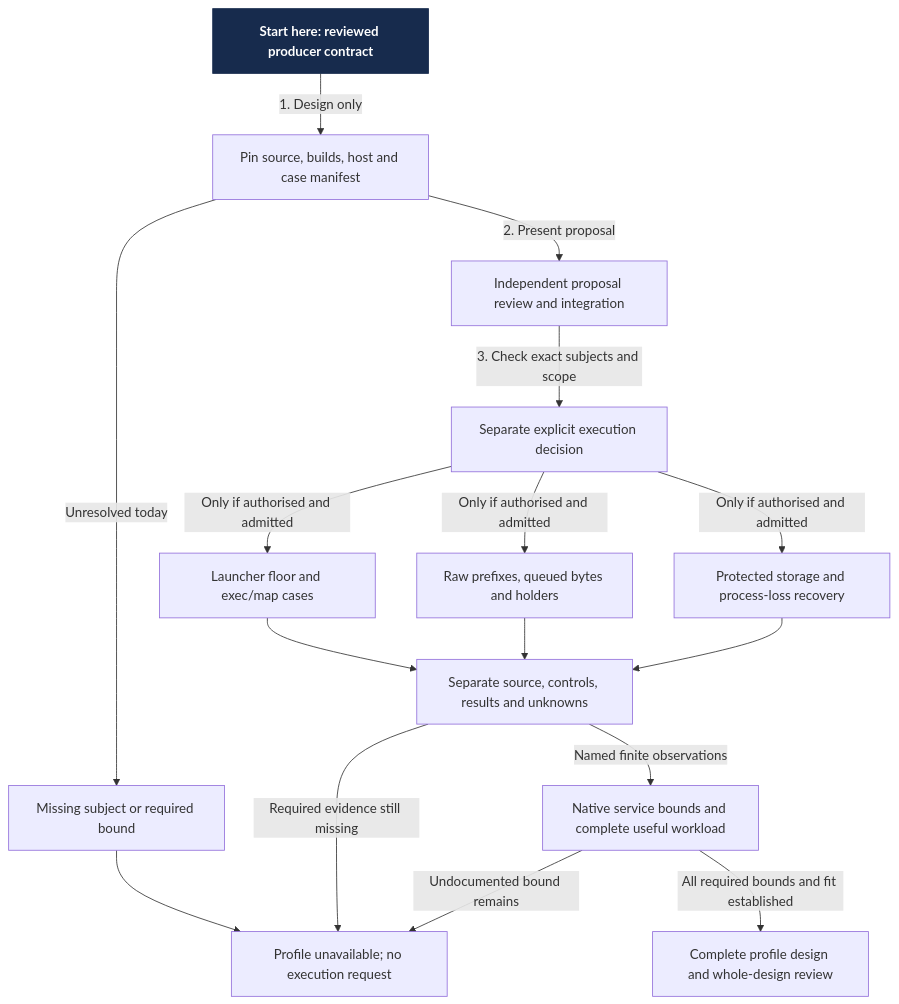
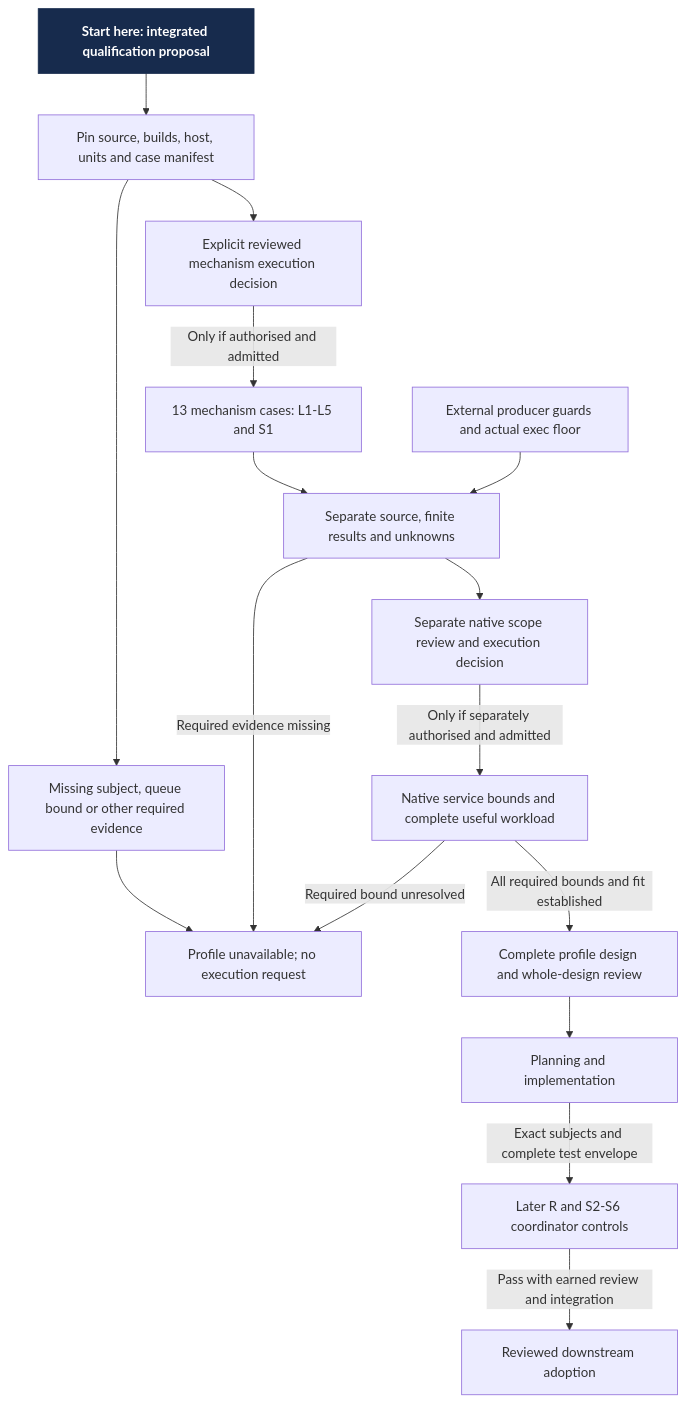
The diagram in docs/design/architecture/settings-activation/keepalive-qualification.mmd (Linkuistics/Koine), drawn with Mermaid before and after one commit. The commit also changed 22 other files, not shown here.

First line of the commit message:
settings-keepalive-qualification-k116: integrate qualification design review

```diff
--- a/docs/design/architecture/settings-activation/keepalive-qualification.mmd
+++ b/docs/design/architecture/settings-activation/keepalive-qualification.mmd
@@ -1,29 +1,31 @@
 flowchart TD
-    start["Start here: reviewed producer contract"]:::start
-    subjects["Pin source, builds, host and case manifest"]
-    missing["Missing subject or required bound"]
+    start["Start here: integrated qualification proposal"]:::start
+    subjects["Pin source, builds, host, units and case manifest"]
+    missing["Missing subject, queue bound or other required evidence"]
     hold["Profile unavailable; no execution request"]
-    review["Independent proposal review and integration"]
-    decision["Separate explicit execution decision"]
-    launch["Launcher floor and exec/map cases"]
-    raw["Raw prefixes, queued bytes and holders"]
-    storage["Protected storage and process-loss recovery"]
-    evidence["Separate source, controls, results and unknowns"]
+    decision["Explicit reviewed mechanism execution decision"]
+    mechanism["13 mechanism cases: L1-L5 and S1"]
+    dependency["External producer guards and actual exec floor"]
+    evidence["Separate source, finite results and unknowns"]
+    scope["Separate native scope review and execution decision"]
     native["Native service bounds and complete useful workload"]
     complete["Complete profile design and whole-design review"]
-    start -->|1. Design only| subjects
-    subjects -->|2. Present proposal| review
-    review -->|3. Check exact subjects and scope| decision
-    subjects -->|Unresolved today| missing
+    implement["Planning and implementation"]
+    controls["Later R and S2-S6 coordinator controls"]
+    consume["Reviewed downstream adoption"]
+    start --> subjects
+    subjects --> decision
+    subjects --> missing
     missing --> hold
-    decision -->|Only if authorised and admitted| launch
-    decision -->|Only if authorised and admitted| raw
-    decision -->|Only if authorised and admitted| storage
-    launch --> evidence
-    raw --> evidence
-    storage --> evidence
-    evidence -->|Required evidence still missing| hold
-    evidence -->|Named finite observations| native
+    decision -->|Only if authorised and admitted| mechanism
+    mechanism --> evidence
+    dependency --> evidence
+    evidence -->|Required evidence missing| hold
+    evidence --> scope
+    scope -->|Only if separately authorised and admitted| native
     native -->|All required bounds and fit established| complete
-    native -->|Undocumented bound remains| hold
+    native -->|Required bound unresolved| hold
+    complete --> implement
+    implement -->|Exact subjects and complete test envelope| controls
+    controls -->|Pass with earned review and integration| consume
     classDef start fill:#172b4d,stroke:#172b4d,color:#fff,font-weight:bold
```
